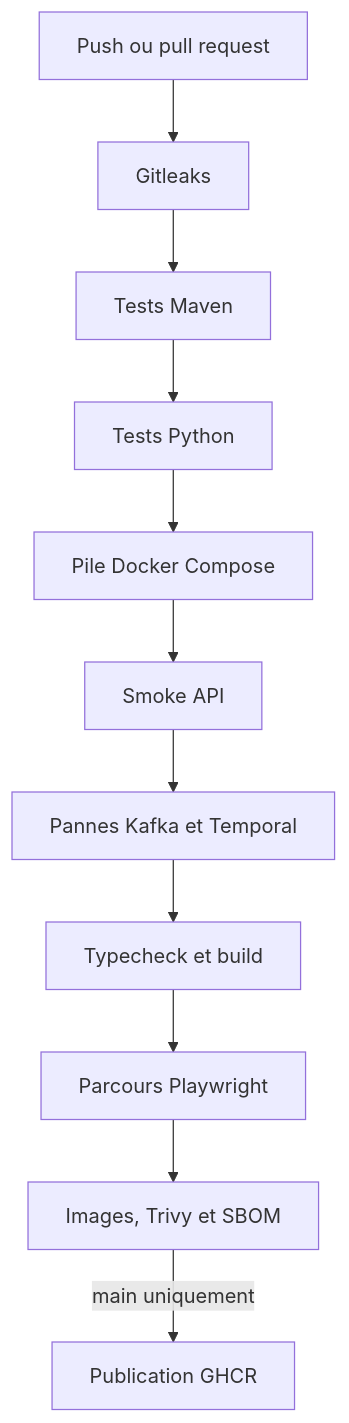
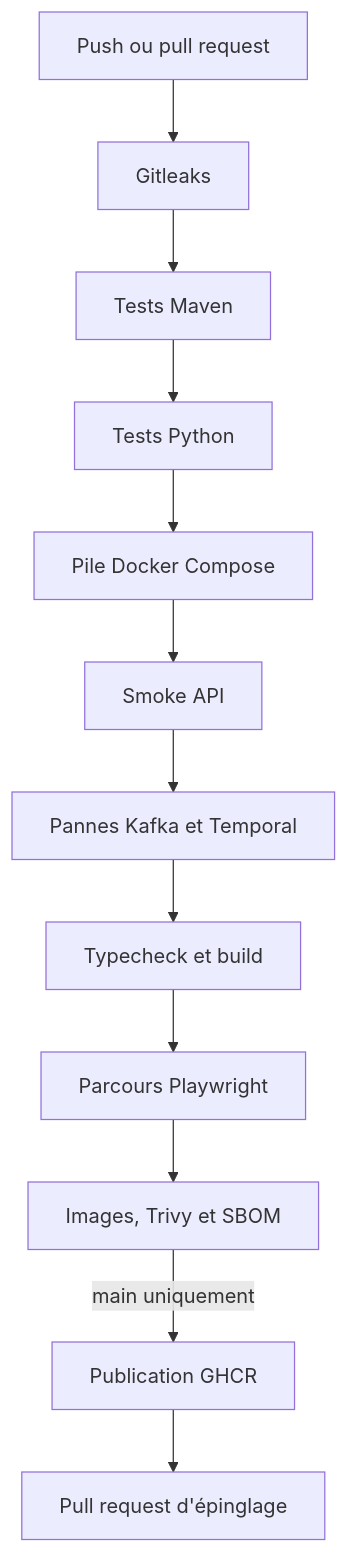
One commit to NossairAA/AuditSphere changed the first of 3 diagrams in docs/exploitation.md. Above: the diagram before and after it, drawn with Mermaid. The commit also changed other lines of this file and 6 other files, not shown here.

Commit message:
ci: pin changed images in Helm values through a GitHub App pull request

````diff
--- a/docs/exploitation.md
+++ b/docs/exploitation.md
@@ -7,13 +7,14 @@
 ```mermaid
 flowchart TB
     A[Push ou pull request] --> B[Gitleaks]
     B --> C[Tests Maven]
     C --> D[Tests Python]
     D --> E[Pile Docker Compose]
     E --> F[Smoke API]
     F --> G[Pannes Kafka et Temporal]
     G --> H[Typecheck et build]
     H --> I[Parcours Playwright]
     I --> J[Images, Trivy et SBOM]
     J -->|main uniquement| K[Publication GHCR]
+    K --> L[Pull request d'épinglage]
 ```
````
